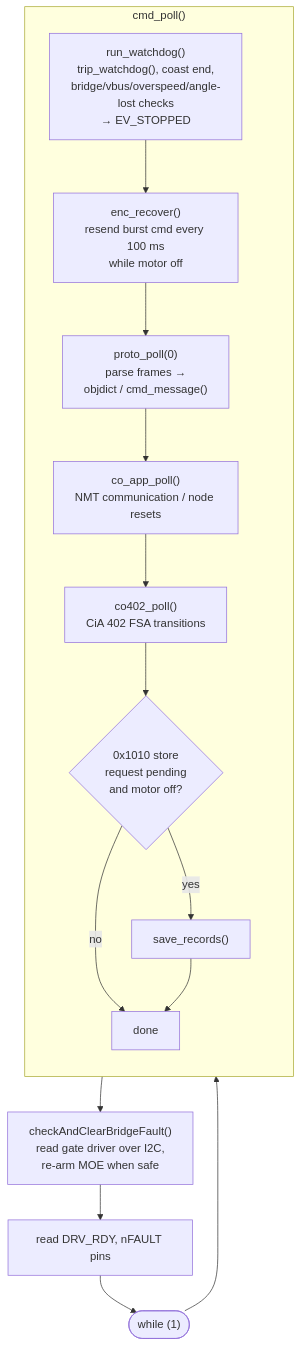
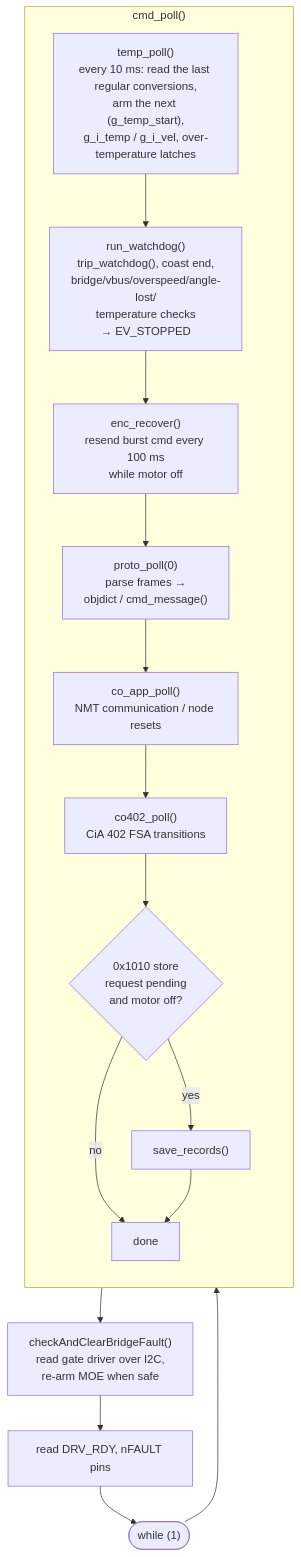
Before and after one commit to alanhpereira/fluxdrive-g4: the fourth of 15 diagrams in docs/software-structure.md, drawn with Mermaid. The commit also changed other lines of this file and 23 other files, not shown here.

````diff
--- a/docs/software-structure.md
+++ b/docs/software-structure.md
@@ -175,20 +175,21 @@
 ```mermaid
 flowchart TD
     W(["while (1)"]) --> CP
 
     subgraph CP["cmd_poll()"]
         direction TB
-        RW["run_watchdog()<br/>trip_watchdog(), coast end,<br/>bridge/vbus/overspeed/angle-lost checks<br/>→ EV_STOPPED"] --> ER["enc_recover()<br/>resend burst cmd every 100 ms<br/>while motor off"]
+        TP["temp_poll()<br/>every 10 ms: read the last regular conversions,<br/>arm the next (g_temp_start),<br/>g_i_temp / g_i_vel, over-temperature latches"] --> RW
+        RW["run_watchdog()<br/>trip_watchdog(), coast end,<br/>bridge/vbus/overspeed/angle-lost/<br/>temperature checks<br/>→ EV_STOPPED"] --> ER["enc_recover()<br/>resend burst cmd every 100 ms<br/>while motor off"]
         ER --> PP["proto_poll(0)<br/>parse frames →<br/>objdict / cmd_message()"]
         PP --> CAP["co_app_poll()<br/>NMT communication / node resets"]
         CAP --> C4P["co402_poll()<br/>CiA 402 FSA transitions"]
         C4P --> SV{"0x1010 store<br/>request pending<br/>and motor off?"}
         SV -- yes --> SR["save_records()"]
         SV -- no --> E0["done"]
         SR --> E0
     end
 
     CP --> CF["checkAndClearBridgeFault()<br/>read gate driver over I2C,<br/>re-arm MOE when safe"]
     CF --> GP["read DRV_RDY, nFAULT pins"]
     GP --> W
 ```
````
